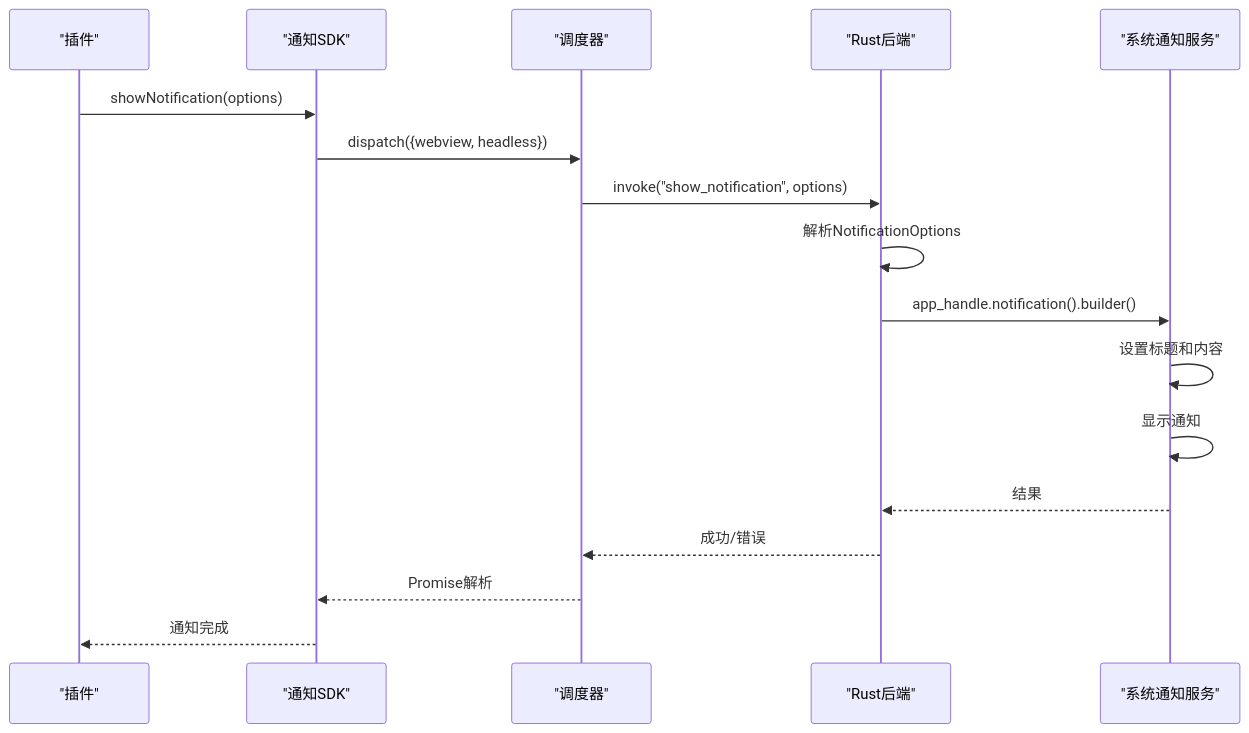
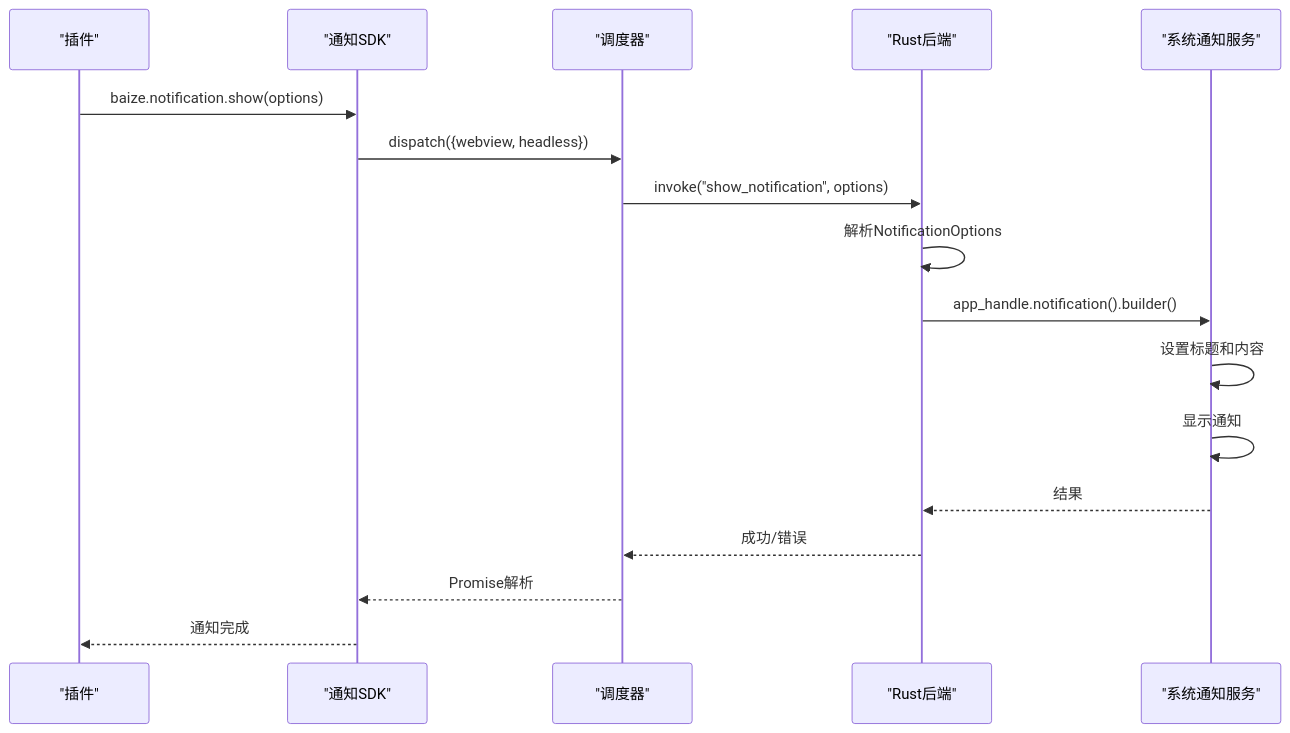
The second of 5 diagrams in .qoder/repowiki/zh/content/插件开发指南/通知API.md (Onin-app/Onin), drawn with Mermaid before and after one commit. The commit also changed other lines of this file and 14 other files, not shown here.

````diff
--- a/.qoder/repowiki/zh/content/插件开发指南/通知API.md
+++ b/.qoder/repowiki/zh/content/插件开发指南/通知API.md
@@ -107,19 +117,19 @@
 ```mermaid
 sequenceDiagram
 participant Plugin as "插件"
 participant SDK as "通知SDK"
 participant Dispatcher as "调度器"
 participant Backend as "Rust后端"
 participant System as "系统通知服务"
-Plugin->>SDK : showNotification(options)
+Plugin->>SDK : baize.notification.show(options)
 SDK->>Dispatcher : dispatch({webview, headless})
 Dispatcher->>Backend : invoke("show_notification", options)
 Backend->>Backend : 解析NotificationOptions
 Backend->>System : app_handle.notification().builder()
 System->>System : 设置标题和内容
 System->>System : 显示通知
 System-->>Backend : 结果
 Backend-->>Dispatcher : 成功/错误
 Dispatcher-->>SDK : Promise解析
 SDK-->>Plugin : 通知完成
 ```
````
